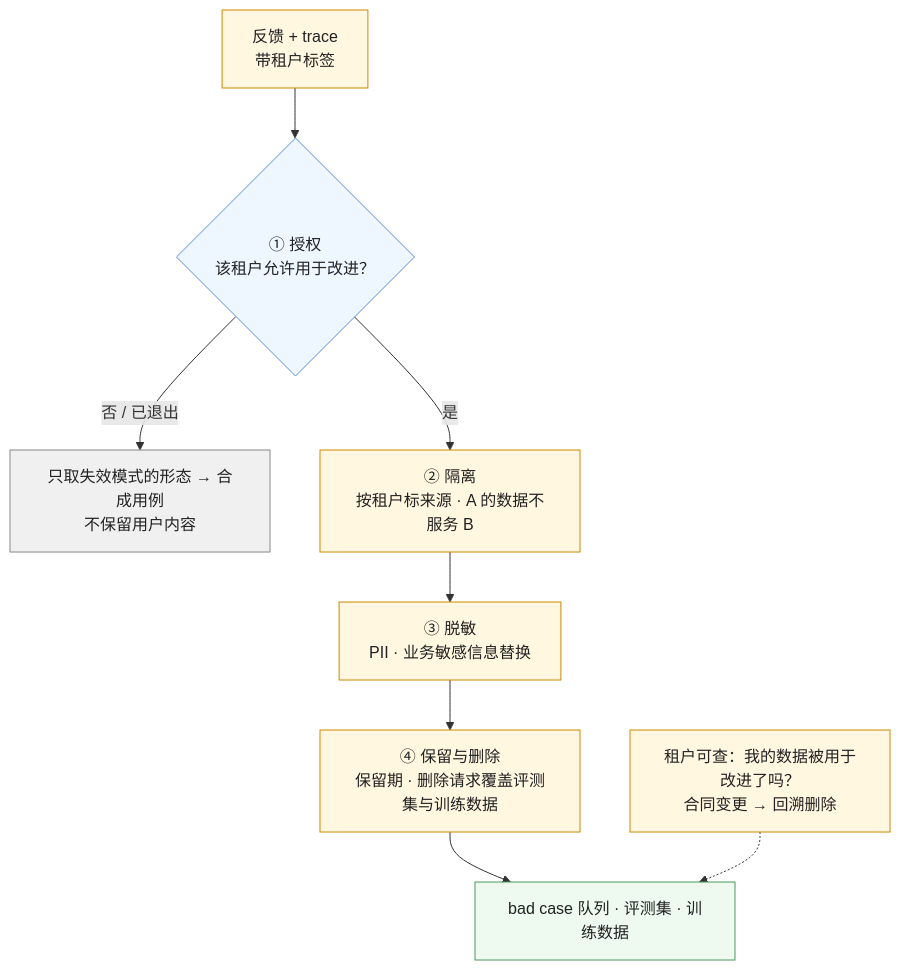
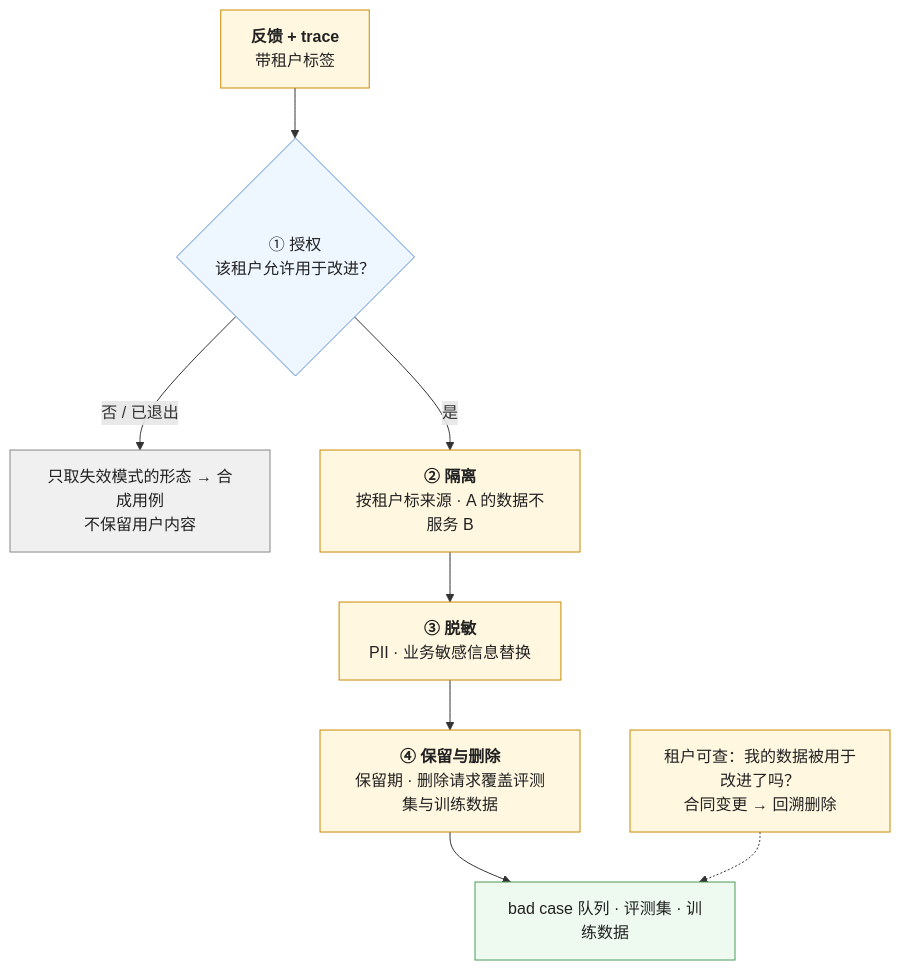
One commit to arganzheng/arganzheng.github.com changed the fourth of 5 diagrams in _posts/2026-11-14-data-flywheel-and-deploying-to-the-physical-world.md. Above: the diagram before and after it, drawn with Mermaid. The commit also changed other lines of this file and 7 other files, not shown here.

First line of the commit message:
生产化与运营：让 AI 应用可靠、可控、可持续地跑：Mermaid 多行方框的首行标为标题（8 篇）

````diff
--- a/_posts/2026-11-14-data-flywheel-and-deploying-to-the-physical-world.md
+++ b/_posts/2026-11-14-data-flywheel-and-deploying-to-the-physical-world.md
@@ -142,19 +142,19 @@
 ```mermaid
 %% 图：用户数据回流的四道门——授权（条款 / 合同允许？按租户可关、可退出）→ 隔离（租户数据不混训、评测用例按来源标）→ 脱敏（PII 与业务敏感信息替换）→ 保留与删除（用户删除覆盖评测集与训练数据）；每条反馈与 trace 带租户标签，进队列前按授权过滤；授权不足的用脱敏后的模式生成合成用例
 flowchart TB
-    F["反馈 + trace<br/>带租户标签"] --> G1{"① 授权<br/>该租户允许用于改进？"}
+    F["<b>反馈 + trace</b><br/>带租户标签"] --> G1{"① 授权<br/>该租户允许用于改进？"}
     G1 -->|"否 / 已退出"| SYN["只取失效模式的形态 → 合成用例<br/>不保留用户内容"]
-    G1 -->|"是"| G2["② 隔离<br/>按租户标来源 · A 的数据不服务 B"]
-    G2 --> G3["③ 脱敏<br/>PII · 业务敏感信息替换"]
-    G3 --> G4["④ 保留与删除<br/>保留期 · 删除请求覆盖评测集与训练数据"]
+    G1 -->|"是"| G2["<b>② 隔离</b><br/>按租户标来源 · A 的数据不服务 B"]
+    G2 --> G3["<b>③ 脱敏</b><br/>PII · 业务敏感信息替换"]
+    G3 --> G4["<b>④ 保留与删除</b><br/>保留期 · 删除请求覆盖评测集与训练数据"]
     G4 --> OUT["bad case 队列 · 评测集 · 训练数据"]
     T["租户可查：我的数据被用于改进了吗？<br/>合同变更 → 回溯删除"] -.-> OUT
     classDef n fill:#fff7e0,stroke:#c98a00,color:#222
     classDef dec fill:#eef6ff,stroke:#5b8fd6,color:#222
     classDef ok fill:#eefaf0,stroke:#4d9a5c,color:#222
     classDef alt fill:#f0f0f0,stroke:#888,color:#222
     class F,G2,G3,G4,T n
     class G1 dec
     class OUT ok
     class SYN alt
 ```
````
